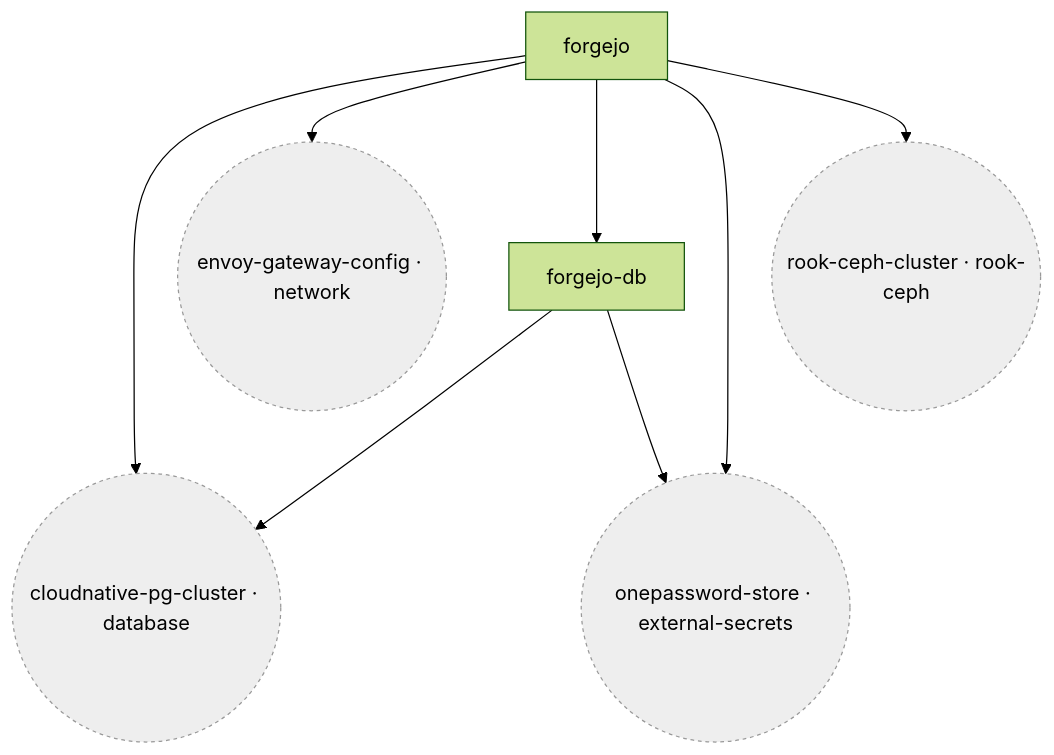
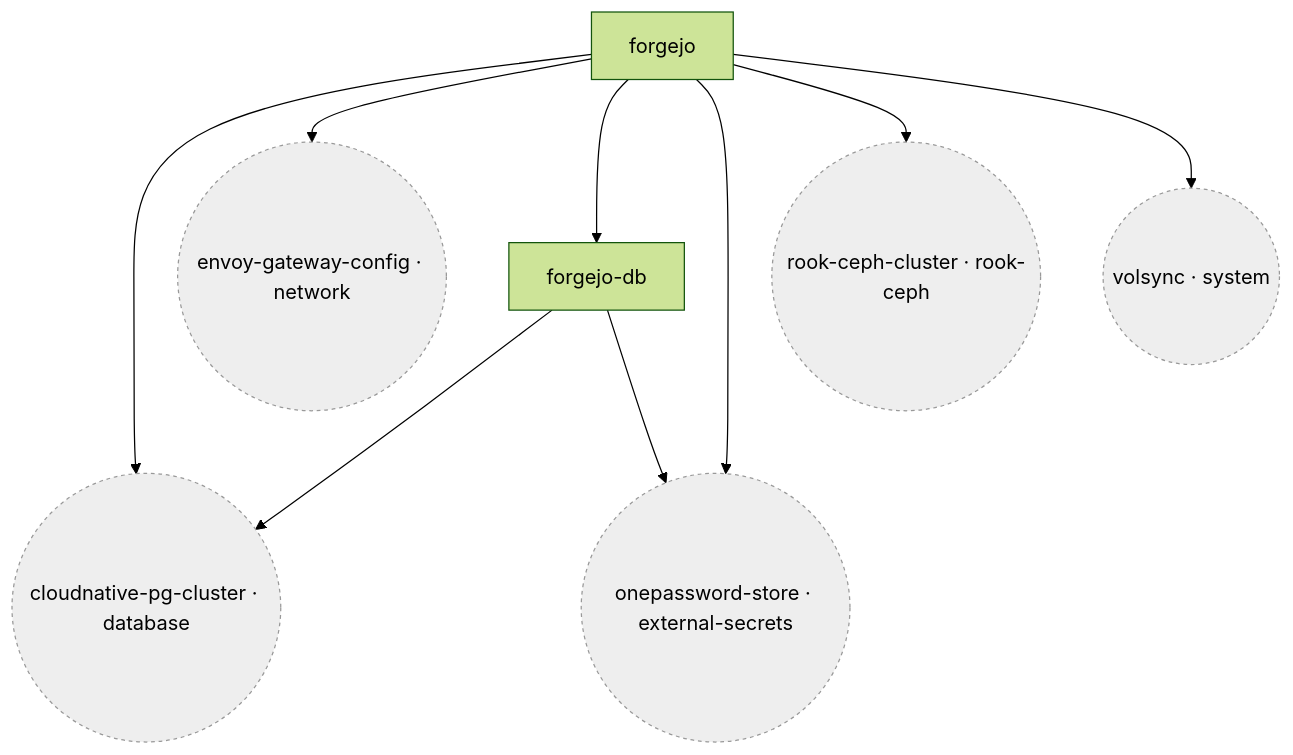
Before and after one commit to qnimbus/home-lab: the seventh of 21 diagrams in docs/CLUSTER.md, drawn with Mermaid (forest theme). The commit also changed other lines of this file and 3 other files, not shown here.

````diff
--- a/docs/CLUSTER.md
+++ b/docs/CLUSTER.md
@@ -1056,17 +1057,19 @@
 ```mermaid
 flowchart TD
   flux_system_forgejo["forgejo"]
   flux_system_forgejo_db["forgejo-db"]
   flux_system_cloudnative_pg_cluster(("cloudnative-pg-cluster · database")):::external
   flux_system_envoy_gateway_config(("envoy-gateway-config · network")):::external
   flux_system_onepassword_store(("onepassword-store · external-secrets")):::external
   flux_system_rook_ceph_cluster(("rook-ceph-cluster · rook-ceph")):::external
+  flux_system_volsync(("volsync · system")):::external
   flux_system_forgejo --> flux_system_cloudnative_pg_cluster
   flux_system_forgejo --> flux_system_envoy_gateway_config
   flux_system_forgejo --> flux_system_forgejo_db
   flux_system_forgejo --> flux_system_onepassword_store
   flux_system_forgejo --> flux_system_rook_ceph_cluster
+  flux_system_forgejo --> flux_system_volsync
   flux_system_forgejo_db --> flux_system_cloudnative_pg_cluster
   flux_system_forgejo_db --> flux_system_onepassword_store
   classDef external fill:#eee,stroke:#999,stroke-dasharray: 3 3
 ```
````
